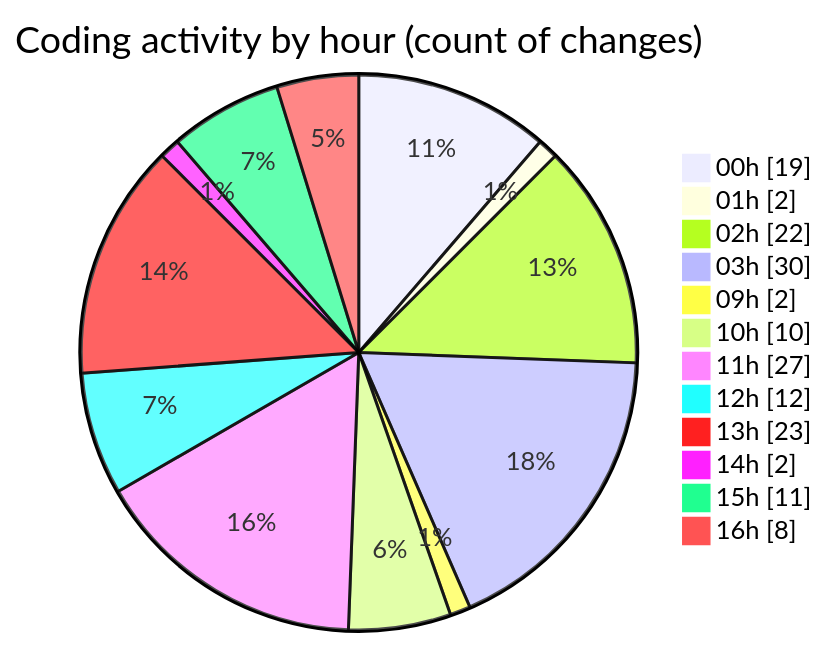
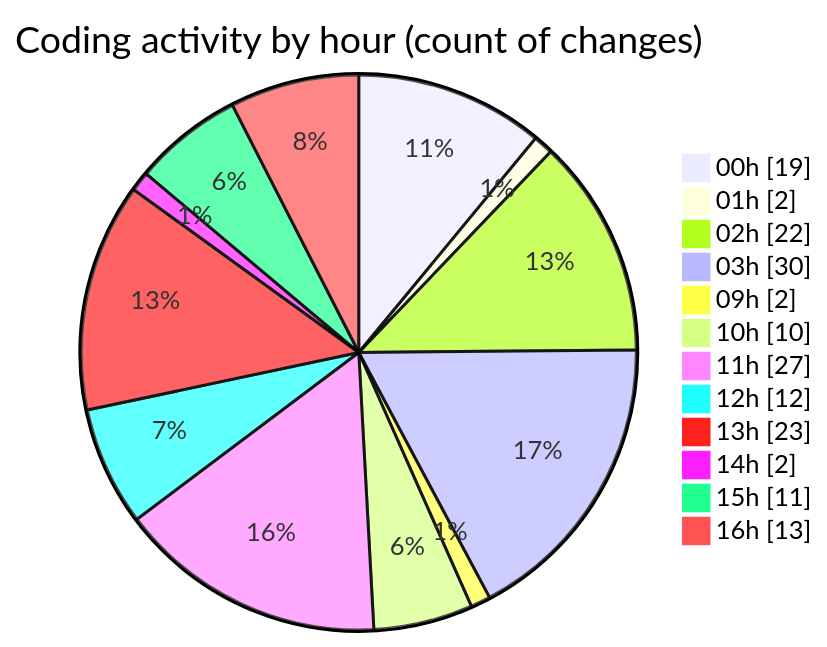
Before and after one commit to julien-gomy/code-tracking: the second of 2 diagrams in 2025-10-21/eventscop-frontend-guide__workspace_/README.md, drawn with Mermaid. The commit also changed other lines of this file and 1 other file, not shown here.

````diff
--- a/2025-10-21/eventscop-frontend-guide__workspace_/README.md
+++ b/2025-10-21/eventscop-frontend-guide__workspace_/README.md
@@ -60,16 +61,16 @@
 ```mermaid
 pie showData
 title Coding activity by hour (count of changes)
 "00h" : 19
 "01h" : 2
 "02h" : 22
 "03h" : 30
 "09h" : 2
 "10h" : 10
 "11h" : 27
 "12h" : 12
 "13h" : 23
 "14h" : 2
 "15h" : 11
-"16h" : 8
+"16h" : 13
 ```
````
